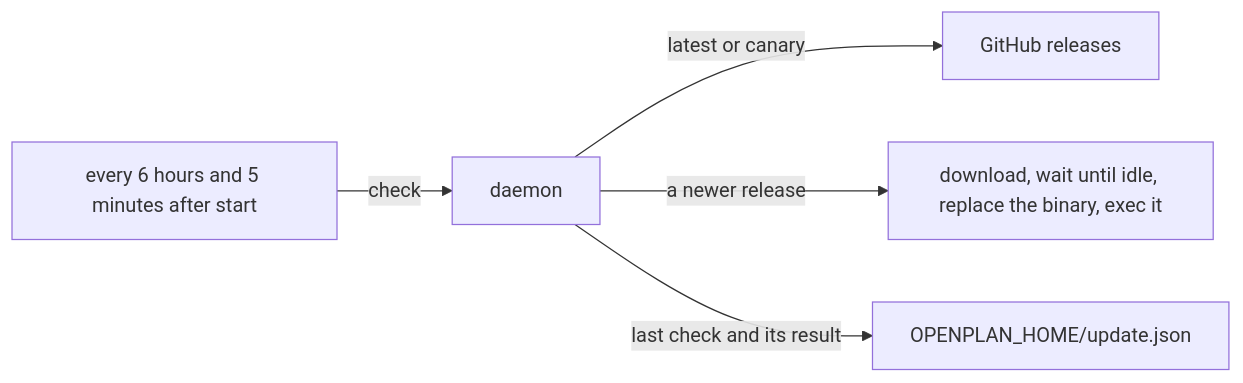
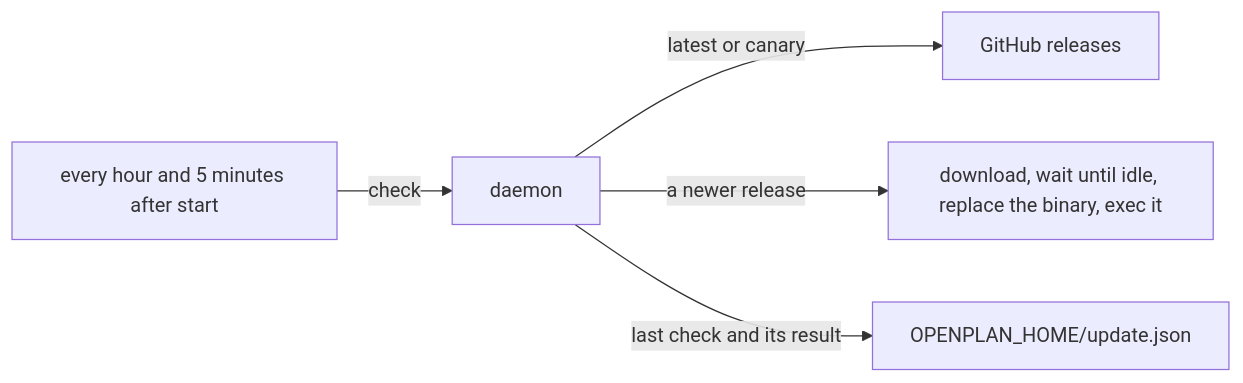
Before and after one commit to sukovanej/openplan: the first of 2 diagrams in tasks/00126-auto-update-the-cli-and-the-daem.md, drawn with Mermaid. The commit also changed other lines of this file, not shown here.

Commit message:
OPP-126: description
Via: claude-code

````diff
--- a/tasks/00126-auto-update-the-cli-and-the-daem.md
+++ b/tasks/00126-auto-update-the-cli-and-the-daem.md
@@ -16,7 +16,7 @@
 ```mermaid
 flowchart LR
-  timer[every 6 hours and 5 minutes after start] -->|check| daemon
+  timer[every hour and 5 minutes after start] -->|check| daemon
   daemon -->|latest or canary| github[GitHub releases]
   daemon -->|a newer release| swap[download, wait until idle, replace the binary, exec it]
   daemon -->|last check and its result| home["OPENPLAN_HOME/update.json"]
 ```
````
